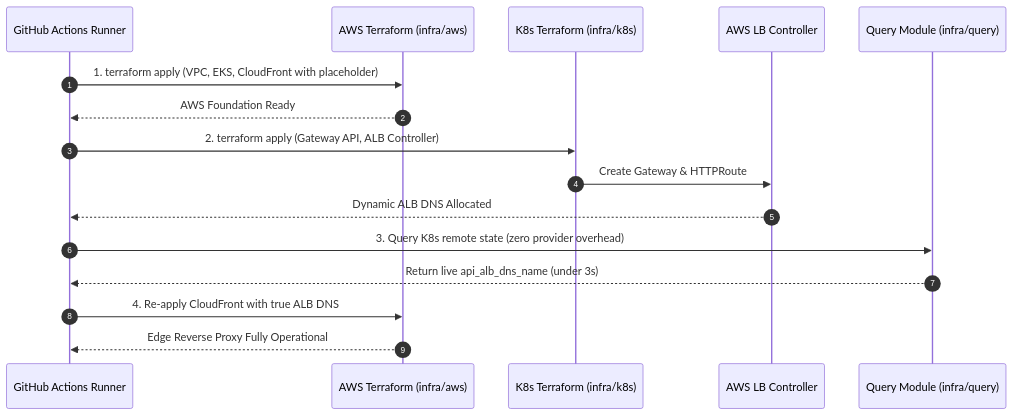
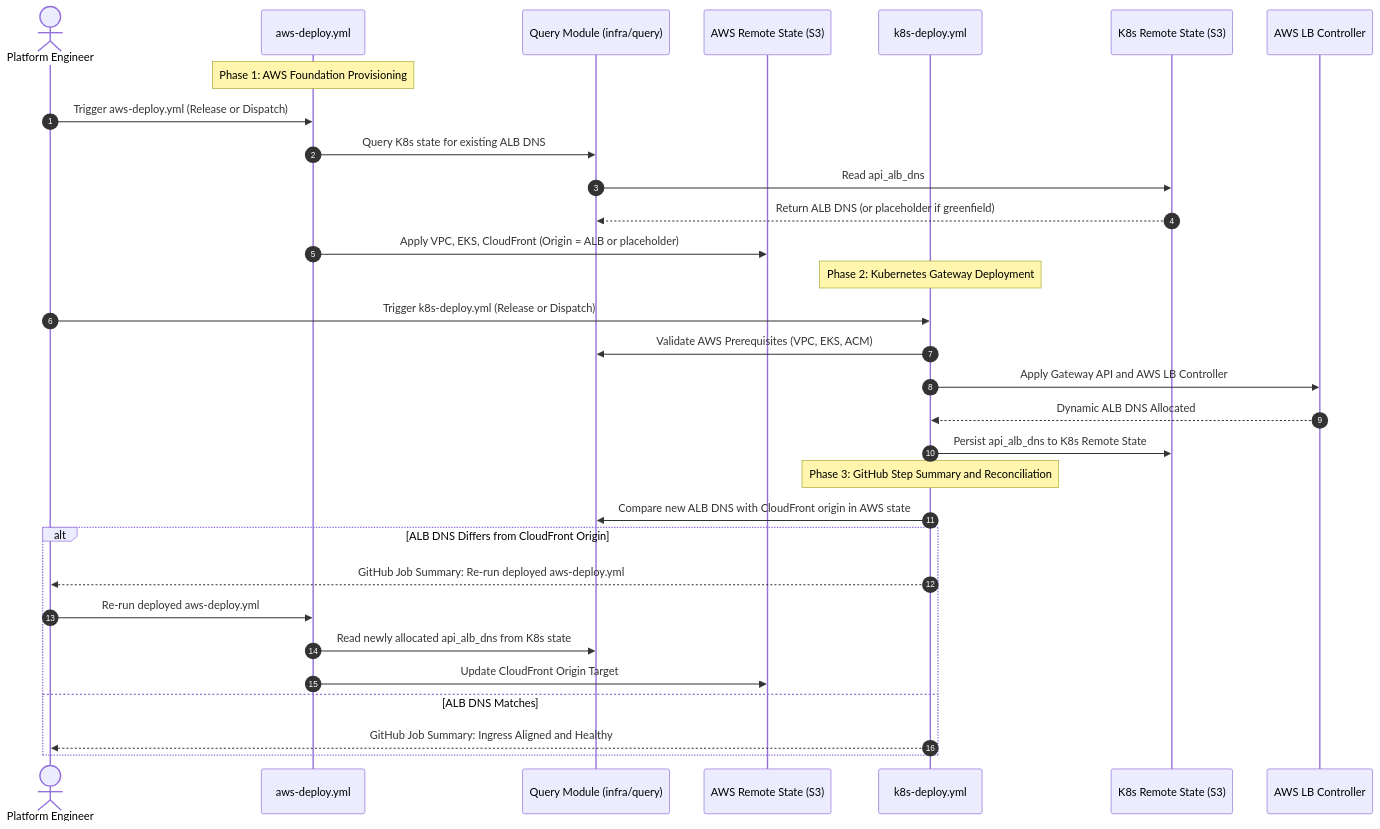
The diagram in docs-site/docs/challenges/alb-dns-circular-dependency.md (parth9218/Document-Intelligence-Platform), drawn with Mermaid before and after one commit. The commit also changed other lines of this file and 4 other files, not shown here.

````diff
--- a/docs-site/docs/challenges/alb-dns-circular-dependency.md
+++ b/docs-site/docs/challenges/alb-dns-circular-dependency.md
@@ -49,19 +53,36 @@
 ```mermaid
 sequenceDiagram
     autonumber
-    participant CI as GitHub Actions Runner
-    participant AWS_TF as AWS Terraform (infra/aws)
-    participant K8S_TF as K8s Terraform (infra/k8s)
-    participant ALB as AWS LB Controller
+    actor Dev as Platform Engineer
+    participant AWS_CI as aws-deploy.yml
     participant Query as Query Module (infra/query)
+    participant AWS as AWS Remote State (S3)
+    participant K8S_CI as k8s-deploy.yml
+    participant K8S as K8s Remote State (S3)
+    participant EKS as AWS LB Controller
 
-    CI->>AWS_TF: 1. terraform apply (VPC, EKS, CloudFront with placeholder)
-    AWS_TF-->>CI: AWS Foundation Ready
-    CI->>K8S_TF: 2. terraform apply (Gateway API, ALB Controller)
-    K8S_TF->>ALB: Create Gateway & HTTPRoute
-    ALB-->>CI: Dynamic ALB DNS Allocated
-    CI->>Query: 3. Query K8s remote state (zero provider overhead)
-    Query-->>CI: Return live api_alb_dns_name (under 3s)
-    CI->>AWS_TF: 4. Re-apply CloudFront with true ALB DNS
-    AWS_TF-->>CI: Edge Reverse Proxy Fully Operational
+    Note over AWS_CI: Phase 1: AWS Foundation Provisioning
+    Dev->>AWS_CI: Trigger aws-deploy.yml (Release or Dispatch)
+    AWS_CI->>Query: Query K8s state for existing ALB DNS
+    Query->>K8S: Read api_alb_dns
+    K8S-->>Query: Return ALB DNS (or placeholder if greenfield)
+    AWS_CI->>AWS: Apply VPC, EKS, CloudFront (Origin = ALB or placeholder)
+    
+    Note over K8S_CI: Phase 2: Kubernetes Gateway Deployment
+    Dev->>K8S_CI: Trigger k8s-deploy.yml (Release or Dispatch)
+    K8S_CI->>Query: Validate AWS Prerequisites (VPC, EKS, ACM)
+    K8S_CI->>EKS: Apply Gateway API and AWS LB Controller
+    EKS-->>K8S_CI: Dynamic ALB DNS Allocated
+    K8S_CI->>K8S: Persist api_alb_dns to K8s Remote State
+    
+    Note over K8S_CI: Phase 3: GitHub Step Summary and Reconciliation
+    K8S_CI->>Query: Compare new ALB DNS with CloudFront origin in AWS state
+    alt ALB DNS Differs from CloudFront Origin
+        K8S_CI-->>Dev: GitHub Job Summary: Re-run deployed aws-deploy.yml
+        Dev->>AWS_CI: Re-run deployed aws-deploy.yml
+        AWS_CI->>Query: Read newly allocated api_alb_dns from K8s state
+        AWS_CI->>AWS: Update CloudFront Origin Target
+    else ALB DNS Matches
+        K8S_CI-->>Dev: GitHub Job Summary: Ingress Aligned and Healthy
+    end
 ```
````
